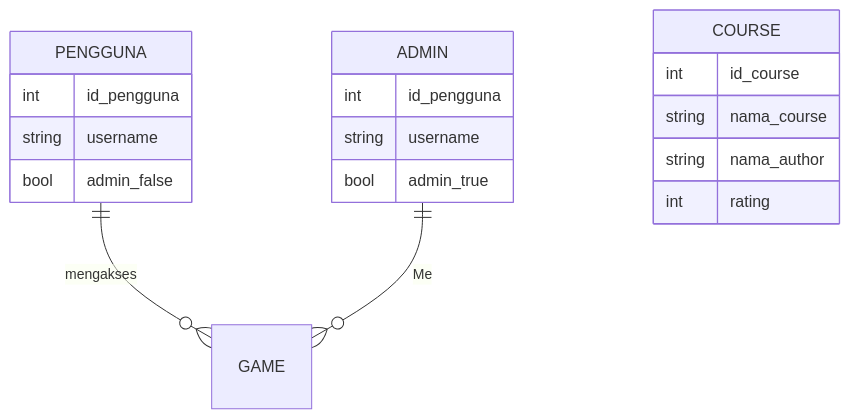
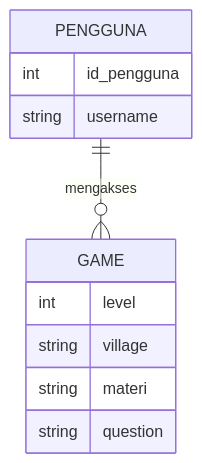
The first of 2 diagrams in README.md (tibianugraha/game), drawn with Mermaid before and after one commit. The commit also changed other lines of this file, not shown here.

````diff
--- a/README.md
+++ b/README.md
@@ -32,22 +31,15 @@
 ```mermaid
 erDiagram
   PENGGUNA {
     int id_pengguna
     string username
-    bool admin_false
-  }
-ADMIN {
-    int id_pengguna
-    string username
-    bool admin_true
   }
 
   PENGGUNA ||--o{ GAME : mengakses
-  ADMIN ||--o{ GAME : Me
-  COURSE {
-    int id_course
-    string nama_course
-    string nama_author 
-    int rating
+  GAME {
+    int level
+    string village
+    string materi
+    string question
  } 
 ```
````
